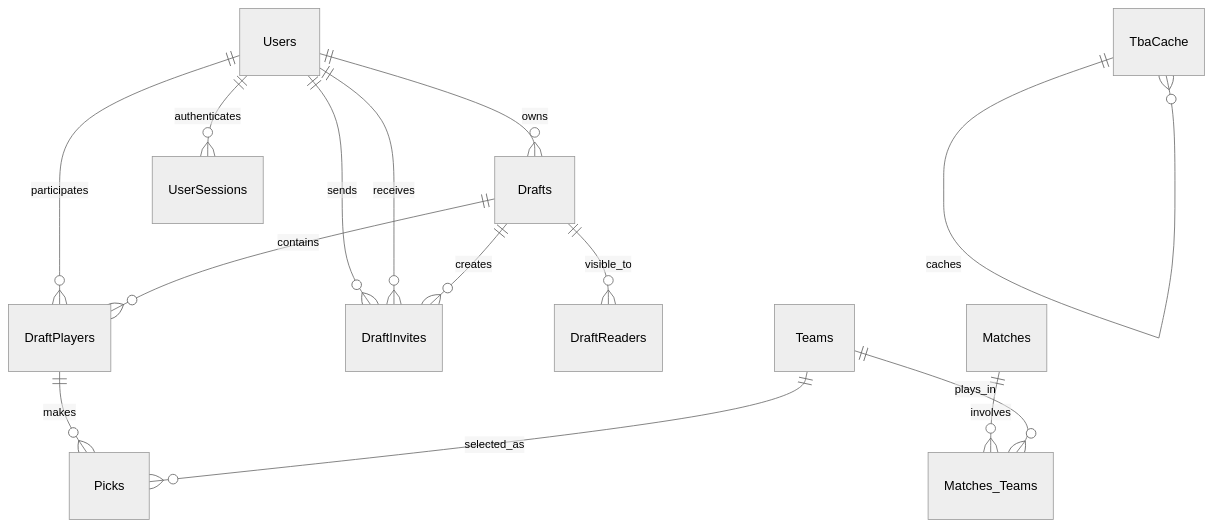
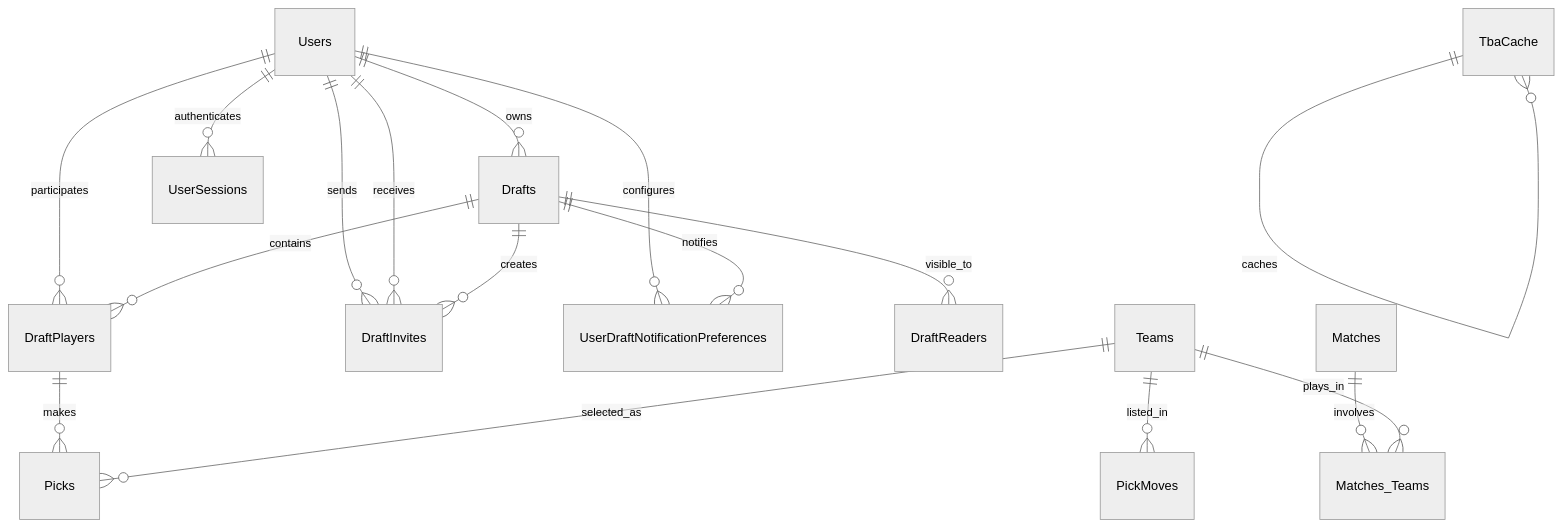
The first of 3 diagrams in docs/database/schema.md (squirlemaster42/fantasy-frc-web), drawn with Mermaid (neutral theme) before and after one commit. The commit also changed other lines of this file and 28 other files, not shown here.

````diff
--- a/docs/database/schema.md
+++ b/docs/database/schema.md
@@ -9,16 +9,19 @@
 ```mermaid
 erDiagram
     Users ||--o{ Drafts : owns
     Users ||--o{ DraftPlayers : participates
     Users ||--o{ DraftInvites : sends
     Users ||--o{ DraftInvites : receives
     Users ||--o{ UserSessions : authenticates
+    Users ||--o{ UserDraftNotificationPreferences : configures
     Drafts ||--o{ DraftPlayers : contains
     Drafts ||--o{ DraftInvites : creates
     Drafts ||--o{ DraftReaders : visible_to
+    Drafts ||--o{ UserDraftNotificationPreferences : notifies
     DraftPlayers ||--o{ Picks : makes
     Teams ||--o{ Picks : selected_as
+    Teams ||--o{ PickMoves : listed_in
     Matches ||--o{ Matches_Teams : involves
     Teams ||--o{ Matches_Teams : plays_in
     TbaCache ||--o{ TbaCache : caches
 ```
````
